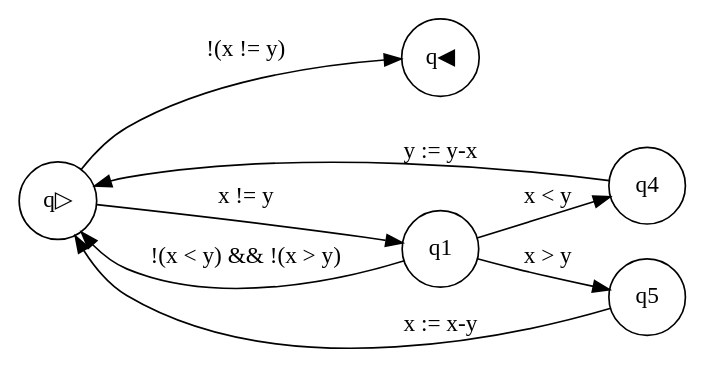
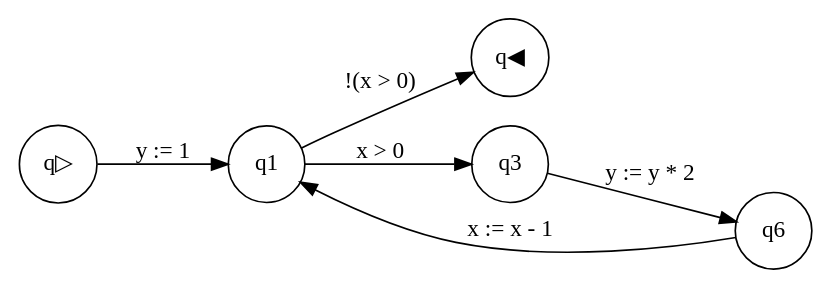
Before and after one commit to Michenka6/formatMethods: the diagram in graph.gv, drawn with Graphviz. The commit also changed 17 other files, not shown here.

```diff
--- a/graph.gv
+++ b/graph.gv
@@ -1,11 +1,9 @@
 digraph program_graph {rankdir=LR;
 node [shape = circle]; q▷;
 node [shape = circle]; q◀;
 node [shape = circle]
-q▷ -> q◀ [label = "!(x != y)"];
-q▷ -> q1 [label = "x != y"];
-q1 -> q▷ [label = "!(x < y) && !(x > y)"];
-q1 -> q4 [label = "x < y"];
-q4 -> q▷ [label = "y := y-x"];
-q1 -> q5 [label = "x > y"];
-q5 -> q▷ [label = "x := x-y"];}
+q▷ -> q1 [label = "y := 1"];
+q1 -> q◀ [label = "!(x > 0)"];
+q1 -> q3 [label = "x > 0"];
+q3 -> q6 [label = "y := y * 2"];
+q6 -> q1 [label = "x := x - 1"];}
```
